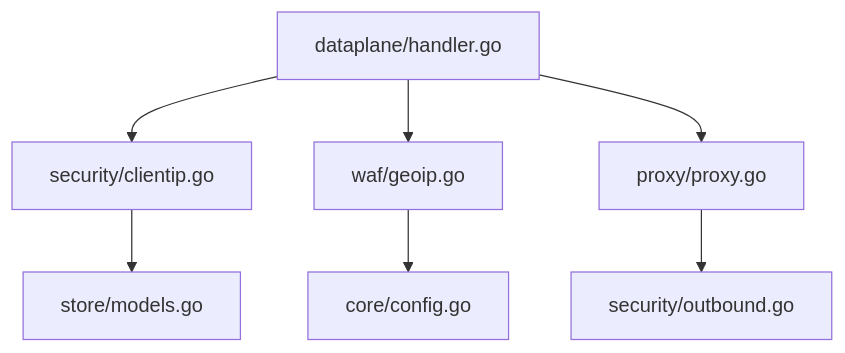
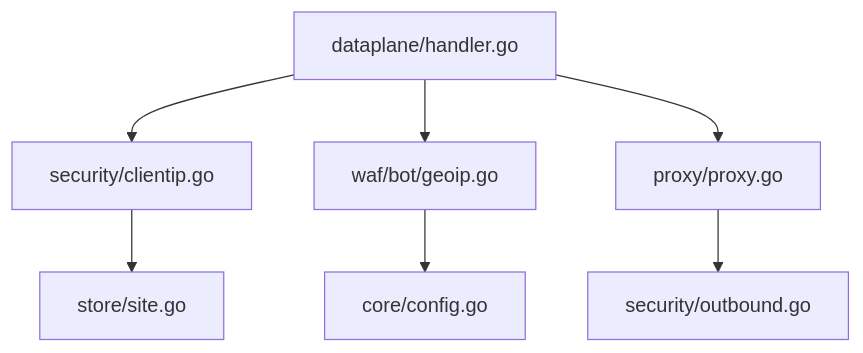
One commit to x01n/My-OpenWaf changed the sixth of 6 diagrams in docs/安全机制/客户端 IP 获取.md. Above: the diagram before and after it, drawn with Mermaid. The commit also changed other lines of this file and 199 other files, not shown here.

````diff
--- a/docs/安全机制/客户端 IP 获取.md
+++ b/docs/安全机制/客户端 IP 获取.md
@@ -271,9 +273,9 @@
 ```mermaid
 graph TB
 DP["dataplane/handler.go"] --> SEC["security/clientip.go"]
-DP --> GEO["waf/geoip.go"]
+DP --> GEO["waf/bot/geoip.go"]
 DP --> PRX["proxy/proxy.go"]
-SEC --> ST["store/models.go"]
+SEC --> ST["store/site.go"]
 PRX --> OUT["security/outbound.go"]
 GEO --> CFG["core/config.go"]
 ```
````
